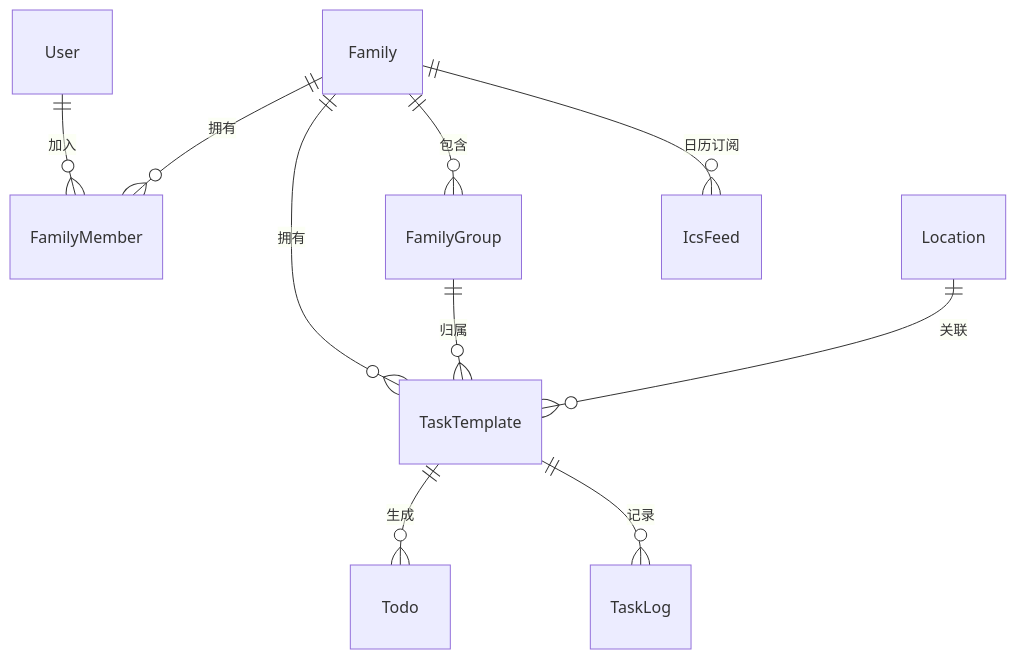
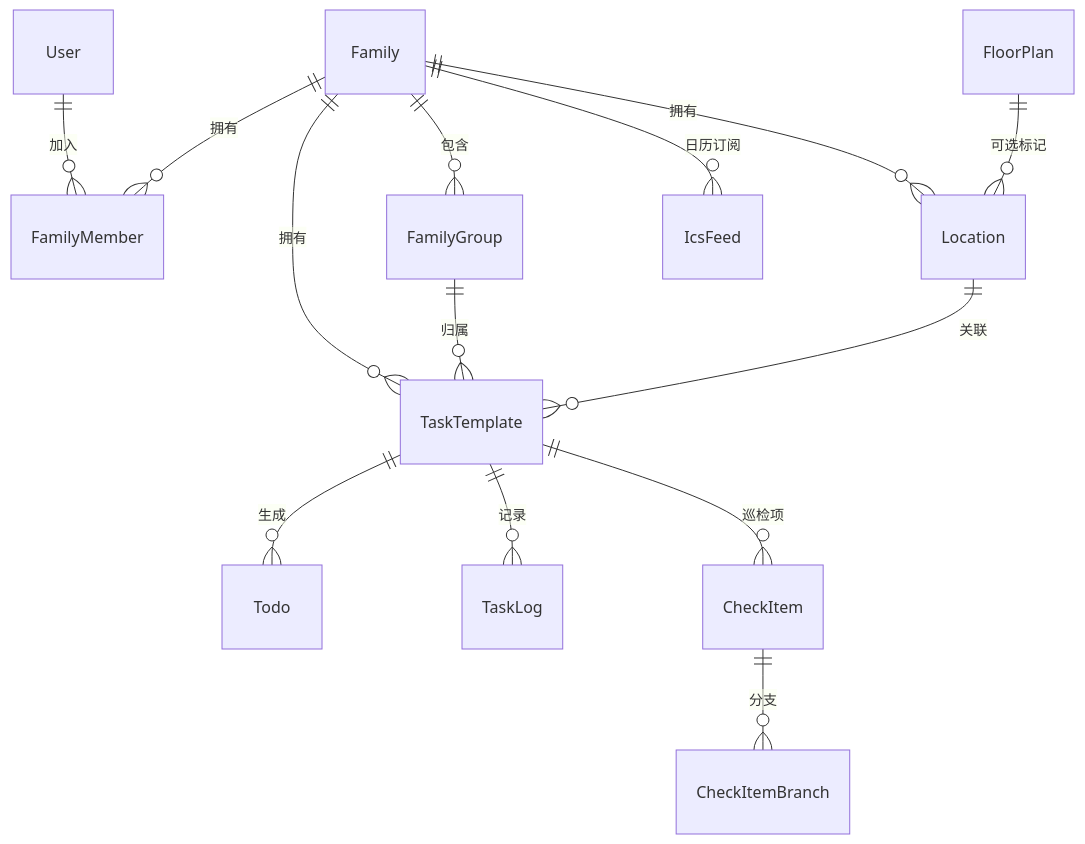
Before and after one commit to dezhishen/now-and-again: the diagram in README.md, drawn with Mermaid. The commit also changed other lines of this file, not shown here.

````diff
--- a/README.md
+++ b/README.md
@@ -27,12 +27,16 @@
 ```mermaid
 erDiagram
     User ||--o{ FamilyMember : "加入"
     Family ||--o{ FamilyMember : "拥有"
     Family ||--o{ FamilyGroup : "包含"
     Family ||--o{ TaskTemplate : "拥有"
+    Family ||--o{ Location : "拥有"
     FamilyGroup ||--o{ TaskTemplate : "归属"
     TaskTemplate ||--o{ Todo : "生成"
     TaskTemplate ||--o{ TaskLog : "记录"
     Location ||--o{ TaskTemplate : "关联"
+    FloorPlan ||--o{ Location : "可选标记"
     Family ||--o{ IcsFeed : "日历订阅"
+    TaskTemplate ||--o{ CheckItem : "巡检项"
+    CheckItem ||--o{ CheckItemBranch : "分支"
 ```
````
